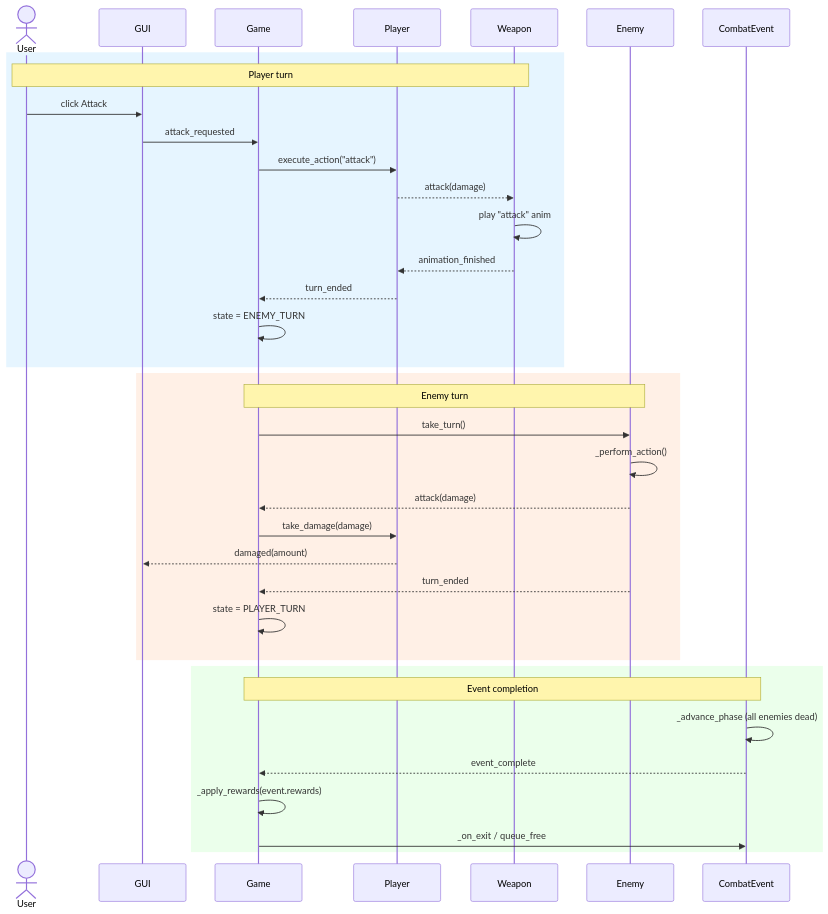
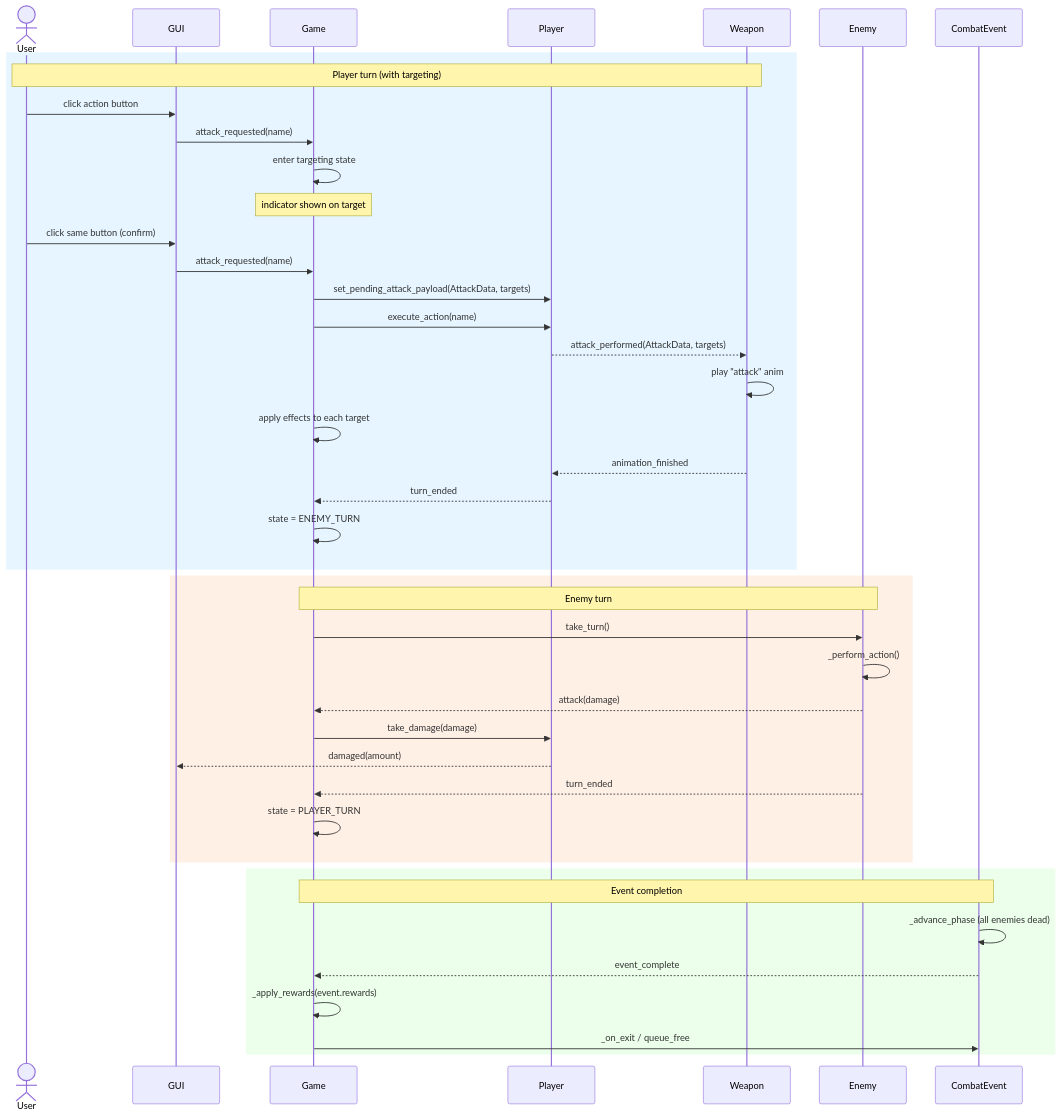
One commit to mjholder/crawler changed the third of 4 diagrams in journal/architecture.md. Above: the diagram before and after it, drawn with Mermaid. The commit also changed other lines of this file and 23 other files, not shown here.

````diff
--- a/journal/architecture.md
+++ b/journal/architecture.md
@@ -108,41 +107,47 @@
 ```mermaid
 sequenceDiagram
     actor User
     participant GUI
     participant Game
     participant Player
     participant Weapon
     participant Enemy
     participant Event as CombatEvent
 
     rect rgb(230, 245, 255)
-    note over User,Weapon: Player turn
-    User->>GUI: click Attack
-    GUI->>Game: attack_requested
-    Game->>Player: execute_action("attack")
-    Player-->>Weapon: attack(damage)
+    note over User,Weapon: Player turn (with targeting)
+    User->>GUI: click action button
+    GUI->>Game: attack_requested(name)
+    Game->>Game: enter targeting state
+    note over Game: indicator shown on target
+    User->>GUI: click same button (confirm)
+    GUI->>Game: attack_requested(name)
+    Game->>Player: set_pending_attack_payload(AttackData, targets)
+    Game->>Player: execute_action(name)
+    Player-->>Weapon: attack_performed(AttackData, targets)
     Weapon->>Weapon: play "attack" anim
+    Game->>Game: apply effects to each target
     Weapon-->>Player: animation_finished
     Player-->>Game: turn_ended
     Game->>Game: state = ENEMY_TURN
     end
 
     rect rgb(255, 240, 230)
     note over Game,Enemy: Enemy turn
     Game->>Enemy: take_turn()
     Enemy->>Enemy: _perform_action()
     Enemy-->>Game: attack(damage)
     Game->>Player: take_damage(damage)
     Player-->>GUI: damaged(amount)
     Enemy-->>Game: turn_ended
     Game->>Game: state = PLAYER_TURN
     end
 
     rect rgb(235, 255, 235)
     note over Event,Game: Event completion
     Event->>Event: _advance_phase (all enemies dead)
     Event-->>Game: event_complete
     Game->>Game: _apply_rewards(event.rewards)
     Game->>Event: _on_exit / queue_free
     end
 ```
````
